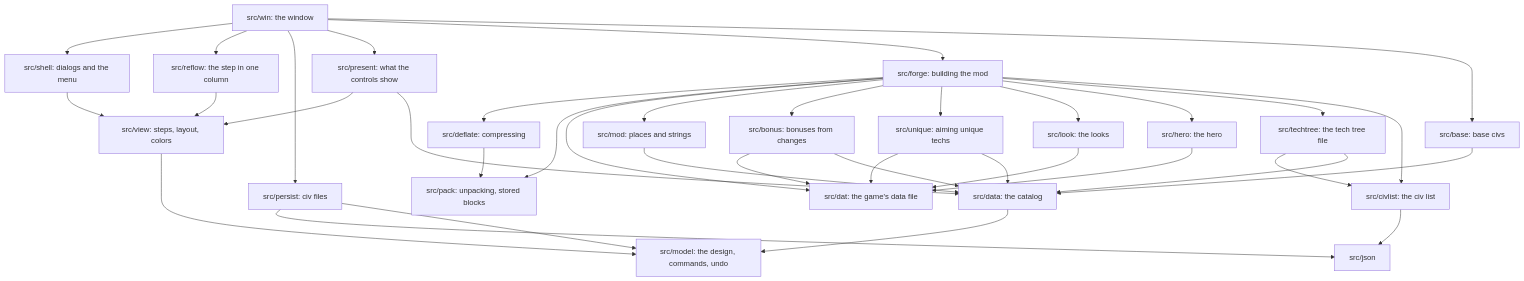
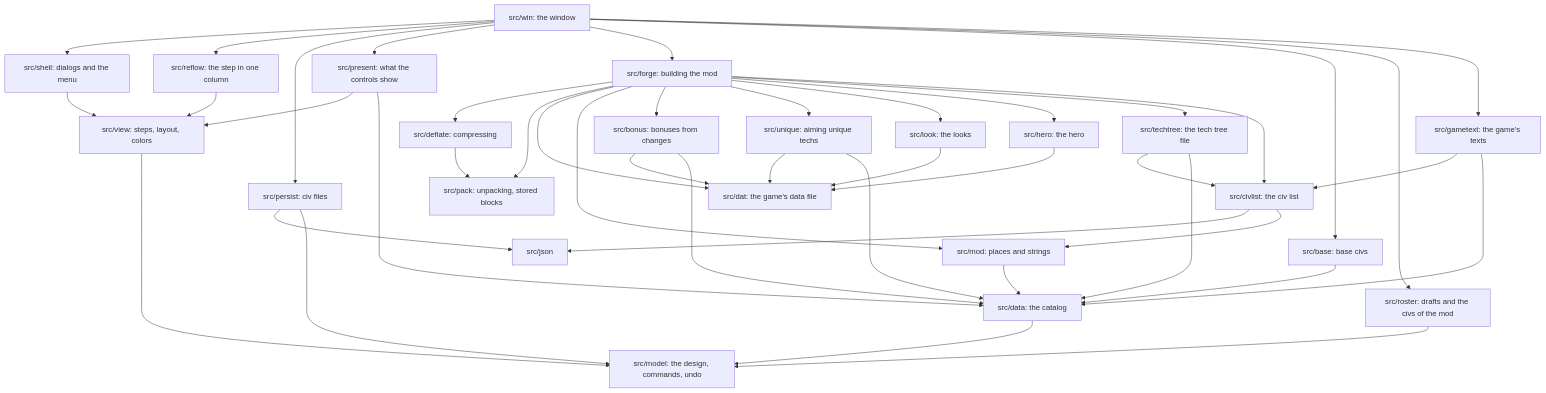
One commit to cnordenb/civeditor changed the diagram in documentation/MAINTAINER.md. Above: the diagram before and after it, drawn with Mermaid. The commit also changed other lines of this file and 80 other files, not shown here.

````diff
--- a/documentation/MAINTAINER.md
+++ b/documentation/MAINTAINER.md
@@ -91,39 +93,45 @@
 ```mermaid
 flowchart TD
     win["src/win: the window"] --> shell["src/shell: dialogs and the menu"]
     win --> reflow["src/reflow: the step in one column"]
     reflow --> view
     shell --> view
     win --> persist["src/persist: civ files"]
     win --> present["src/present: what the controls show"]
     win --> forge["src/forge: building the mod"]
     win --> base["src/base: base civs"]
+    win --> roster["src/roster: drafts and the civs of the mod"]
+    win --> gametext["src/gametext: the game's texts"]
+    gametext --> civlist
+    gametext --> data
+    roster --> model
     base --> data
     persist --> json["src/json"]
     present --> view["src/view: steps, layout, colors"]
     forge --> deflate["src/deflate: compressing"]
     deflate --> pack["src/pack: unpacking, stored blocks"]
     forge --> pack
     forge --> dat["src/dat: the game's data file"]
     forge --> mod["src/mod: places and strings"]
     forge --> bonus["src/bonus: bonuses from changes"]
     bonus --> dat
     bonus --> data
     forge --> unique["src/unique: aiming unique techs"]
     unique --> dat
     unique --> data
     forge --> look["src/look: the looks"]
     look --> dat
     forge --> hero["src/hero: the hero"]
     hero --> dat
     forge --> techtree["src/techtree: the tech tree file"]
     techtree --> civlist["src/civlist: the civ list"]
     techtree --> data
     forge --> civlist
     civlist --> json
+    civlist --> mod
     mod --> data["src/data: the catalog"]
     present --> data
     persist --> model["src/model: the design, commands, undo"]
     view --> model
     data --> model
 ```
````
